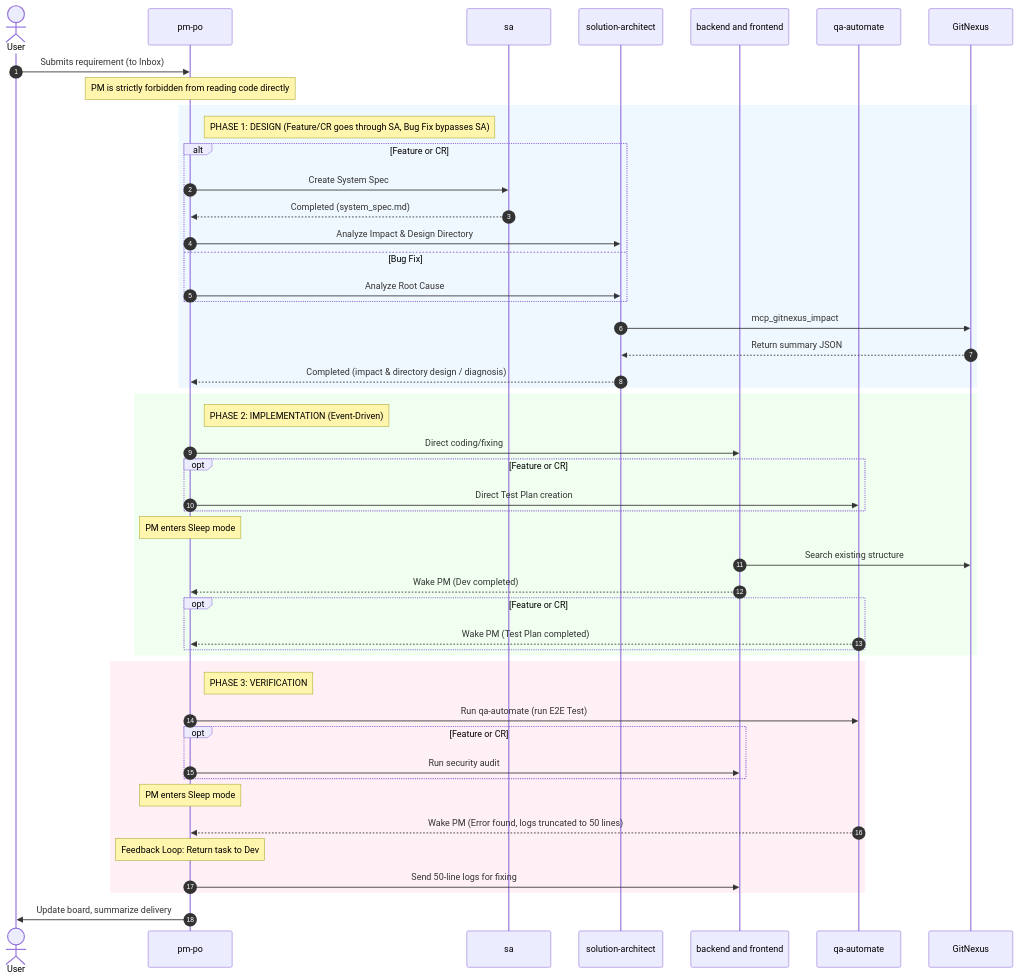
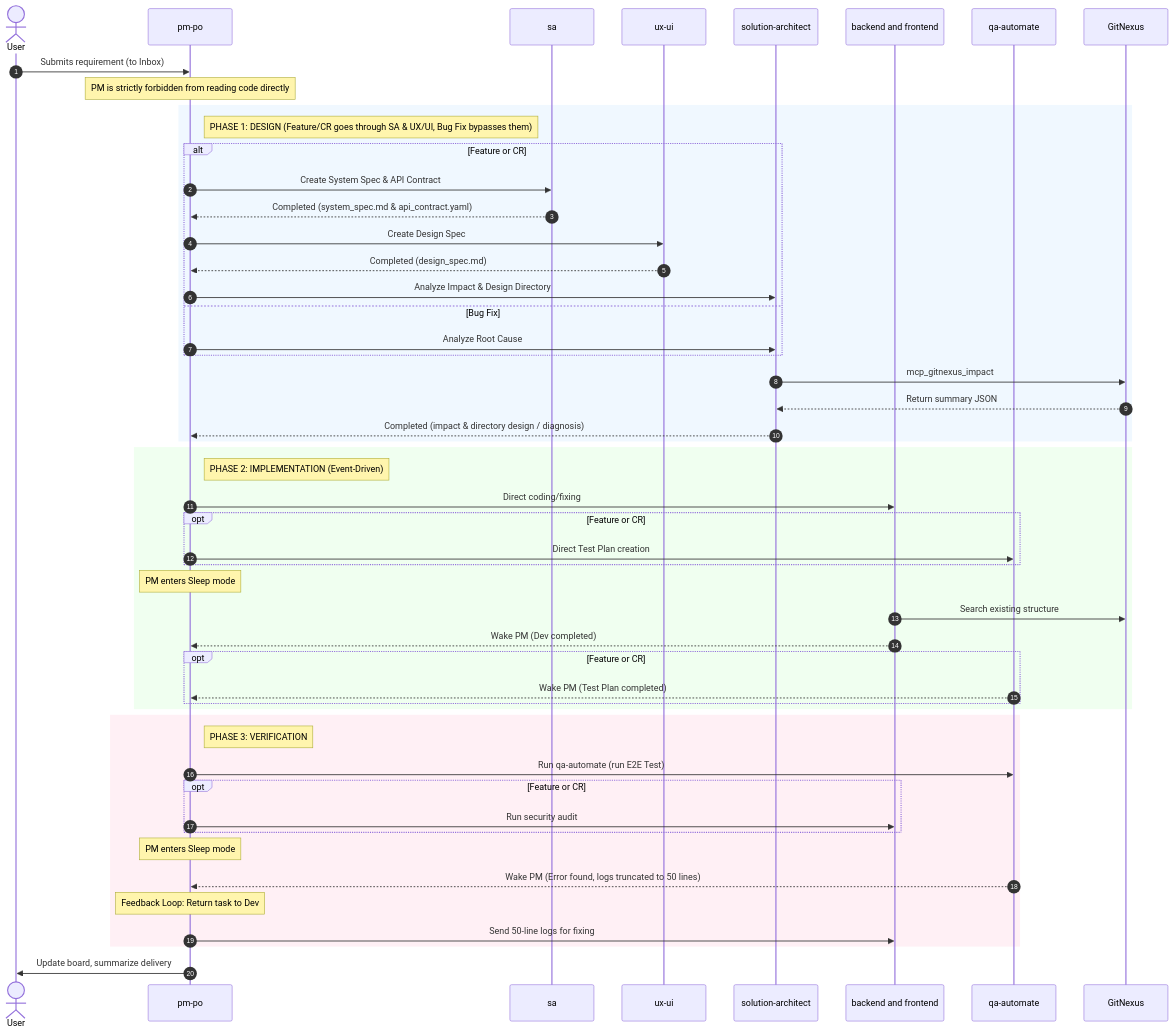
The second of 2 diagrams in README.md (supat29182/gemini-agent-team-template), drawn with Mermaid before and after one commit. The commit also changed other lines of this file and 9 other files, not shown here.

````diff
--- a/README.md
+++ b/README.md
@@ -48,58 +49,61 @@
 ```mermaid
 sequenceDiagram
     autonumber
     actor User
     participant PM as pm-po
     participant SA as sa
+    participant UX as ux-ui
     participant Arch as solution-architect
     participant Devs as backend and frontend
     participant QA as qa-automate
     participant Nexus as GitNexus
     
     User->>PM: Submits requirement (to Inbox)
     Note over PM: PM is strictly forbidden from reading code directly
     
     rect rgb(240, 248, 255)
-        Note right of PM: PHASE 1: DESIGN (Feature/CR goes through SA, Bug Fix bypasses SA)
+        Note right of PM: PHASE 1: DESIGN (Feature/CR goes through SA & UX/UI, Bug Fix bypasses them)
         alt Feature or CR
-            PM->>SA: Create System Spec
-            SA-->>PM: Completed (system_spec.md)
+            PM->>SA: Create System Spec & API Contract
+            SA-->>PM: Completed (system_spec.md & api_contract.yaml)
+            PM->>UX: Create Design Spec
+            UX-->>PM: Completed (design_spec.md)
             PM->>Arch: Analyze Impact & Design Directory
         else Bug Fix
             PM->>Arch: Analyze Root Cause
         end
         Arch->>Nexus: mcp_gitnexus_impact
         Nexus-->>Arch: Return summary JSON
         Arch-->>PM: Completed (impact & directory design / diagnosis)
     end
 
     rect rgb(240, 255, 240)
         Note right of PM: PHASE 2: IMPLEMENTATION (Event-Driven)
         PM->>Devs: Direct coding/fixing
         opt Feature or CR
             PM->>QA: Direct Test Plan creation
         end
         Note over PM: PM enters Sleep mode
         
         Devs->>Nexus: Search existing structure
         Devs-->>PM: Wake PM (Dev completed)
         opt Feature or CR
             QA-->>PM: Wake PM (Test Plan completed)
         end
     end
 
     rect rgb(255, 240, 245)
         Note right of PM: PHASE 3: VERIFICATION
         PM->>QA: Run qa-automate (run E2E Test)
         opt Feature or CR
             PM->>Devs: Run security audit
         end
         Note over PM: PM enters Sleep mode
         
         QA-->>PM: Wake PM (Error found, logs truncated to 50 lines)
         Note over PM: Feedback Loop: Return task to Dev
         PM->>Devs: Send 50-line logs for fixing
     end
     
     PM->>User: Update board, summarize delivery
 ```
````
